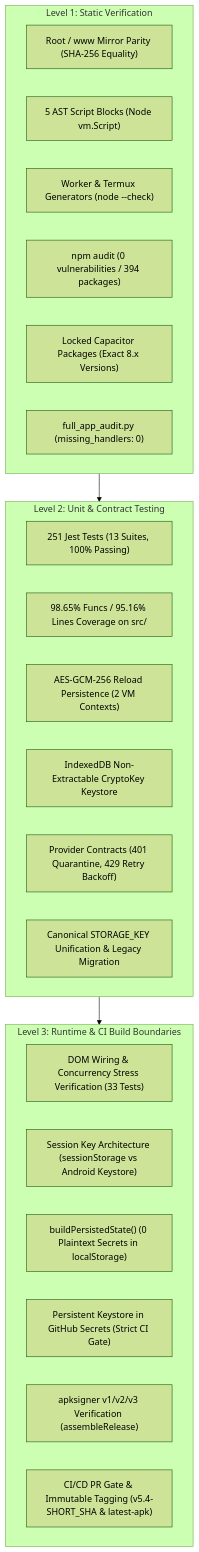
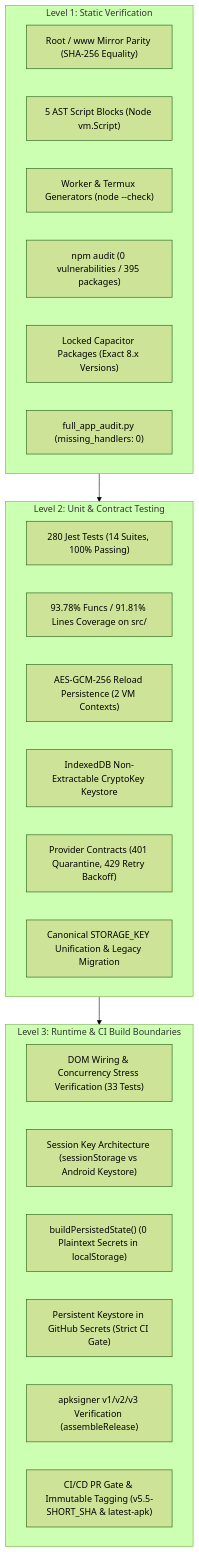
Before and after one commit to dicardotr46-max/EG-Nexus-OS: the first of 2 diagrams in AUDIT_REPORT.md, drawn with Mermaid (forest theme). The commit also changed other lines of this file and 29 other files, not shown here.

Commit message:
feat(v5.5): unify sync/async AES-GCM-256 secrets, add fake-indexeddb & full JSDOM tests, harden CI workflow_dispatch & auto-sync audit metrics

````diff
--- a/AUDIT_REPORT.md
+++ b/AUDIT_REPORT.md
@@ -21,32 +21,32 @@
 ```mermaid
 flowchart TD
     subgraph LEVEL_1["Level 1: Static Verification"]
         PARITY["Root / www Mirror Parity (SHA-256 Equality)"]
         AST["5 AST Script Blocks (Node vm.Script)"]
         TMPL["Worker & Termux Generators (node --check)"]
-        NPM["npm audit (0 vulnerabilities / 394 packages)"]
+        NPM["npm audit (0 vulnerabilities / 395 packages)"]
         PINS["Locked Capacitor Packages (Exact 8.x Versions)"]
         PARSER["full_app_audit.py (missing_handlers: 0)"]
     end
 
     subgraph LEVEL_2["Level 2: Unit & Contract Testing"]
-        JEST["251 Jest Tests (13 Suites, 100% Passing)"]
-        COV["98.65% Funcs / 95.16% Lines Coverage on src/"]
+        JEST["280 Jest Tests (14 Suites, 100% Passing)"]
+        COV["93.78% Funcs / 91.81% Lines Coverage on src/"]
         RELOAD["AES-GCM-256 Reload Persistence (2 VM Contexts)"]
         IDB_KEY["IndexedDB Non-Extractable CryptoKey Keystore"]
         PROVIDER["Provider Contracts (401 Quarantine, 429 Retry Backoff)"]
         STORAGE_UNIF["Canonical STORAGE_KEY Unification & Legacy Migration"]
     end
 
     subgraph LEVEL_3["Level 3: Runtime & CI Build Boundaries"]
         DOM_WIRING["DOM Wiring & Concurrency Stress Verification (33 Tests)"]
         SESSION["Session Key Architecture (sessionStorage vs Android Keystore)"]
         STRIP["buildPersistedState() (0 Plaintext Secrets in localStorage)"]
         SECRETS_GATE["Persistent Keystore in GitHub Secrets (Strict CI Gate)"]
         SIGN["apksigner v1/v2/v3 Verification (assembleRelease)"]
-        GATE["CI/CD PR Gate & Immutable Tagging (v5.4-SHORT_SHA & latest-apk)"]
+        GATE["CI/CD PR Gate & Immutable Tagging (v5.5-SHORT_SHA & latest-apk)"]
     end
 
     LEVEL_1 --> LEVEL_2
     LEVEL_2 --> LEVEL_3
 ```
````
